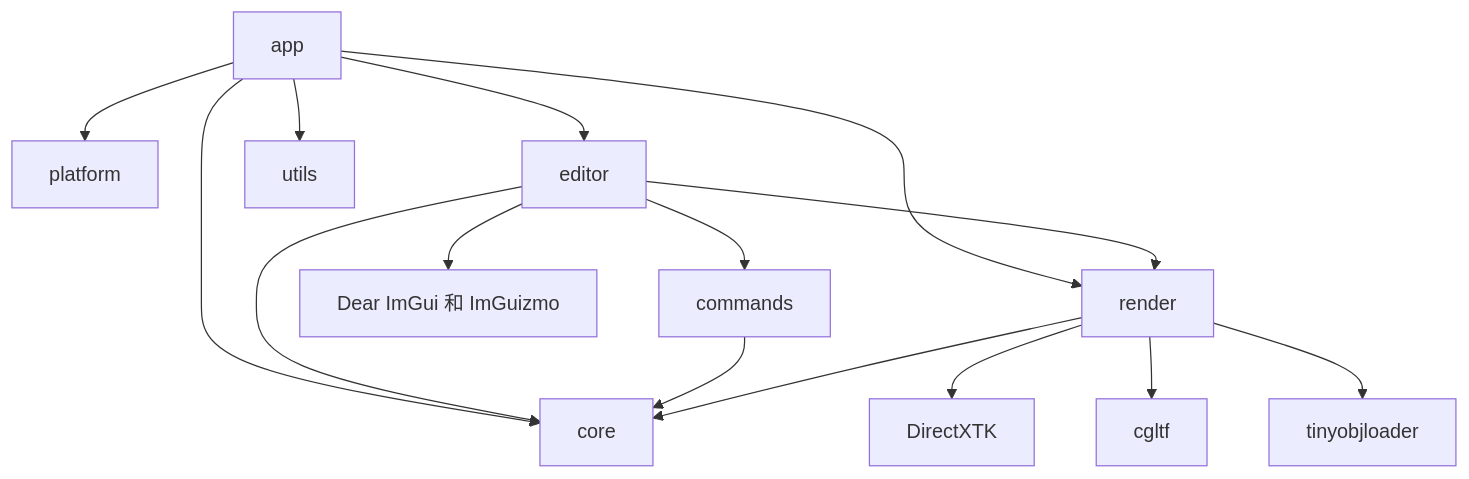
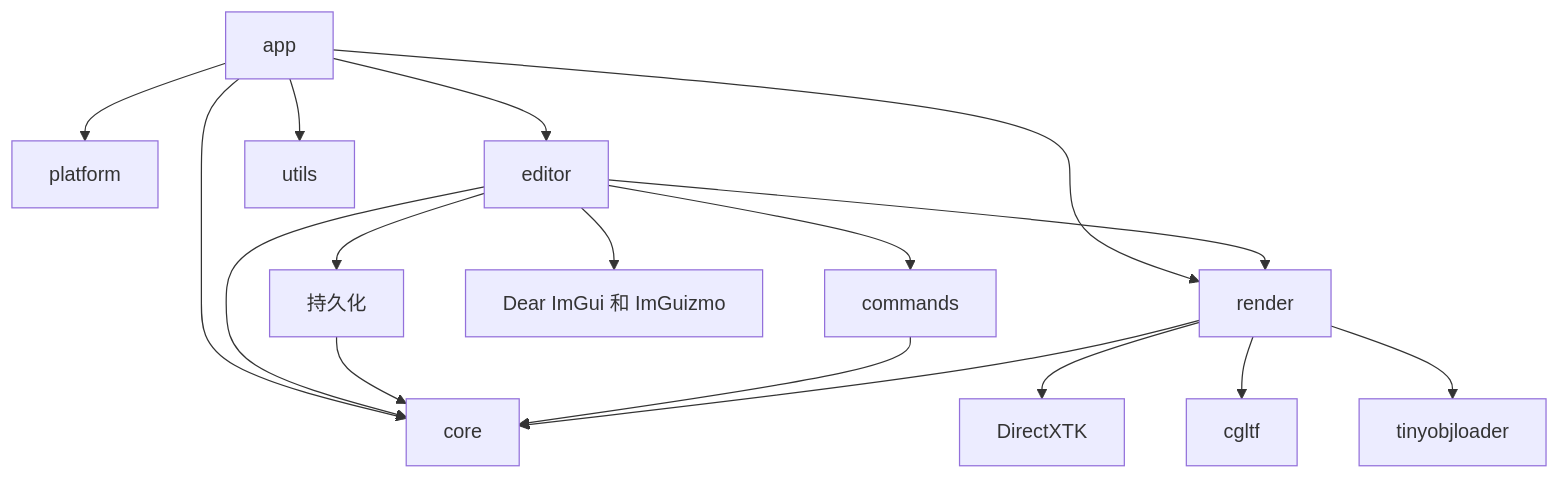
Before and after one commit to ELPSYKONGR/LRenderDemo: the diagram in FILE_INDEX.md, drawn with Mermaid. The commit also changed other lines of this file and 36 other files, not shown here.

````diff
--- a/FILE_INDEX.md
+++ b/FILE_INDEX.md
@@ -75,17 +80,19 @@
 ```mermaid
 graph TD
     App[app] --> Platform[platform]
     App --> Editor[editor]
     App --> Render[render]
     App --> Core[core]
     Editor --> Commands[commands]
     Editor --> Core
     Editor --> Render
+    Editor --> Persistence[持久化]
+    Persistence --> Core
     Commands --> Core
     Render --> Core
     Render --> DXTK[DirectXTK]
     Render --> Cgltf[cgltf]
     Render --> TinyObj[tinyobjloader]
     Editor --> ImGui[Dear ImGui 和 ImGuizmo]
     App --> Utils[utils]
 ```
````
